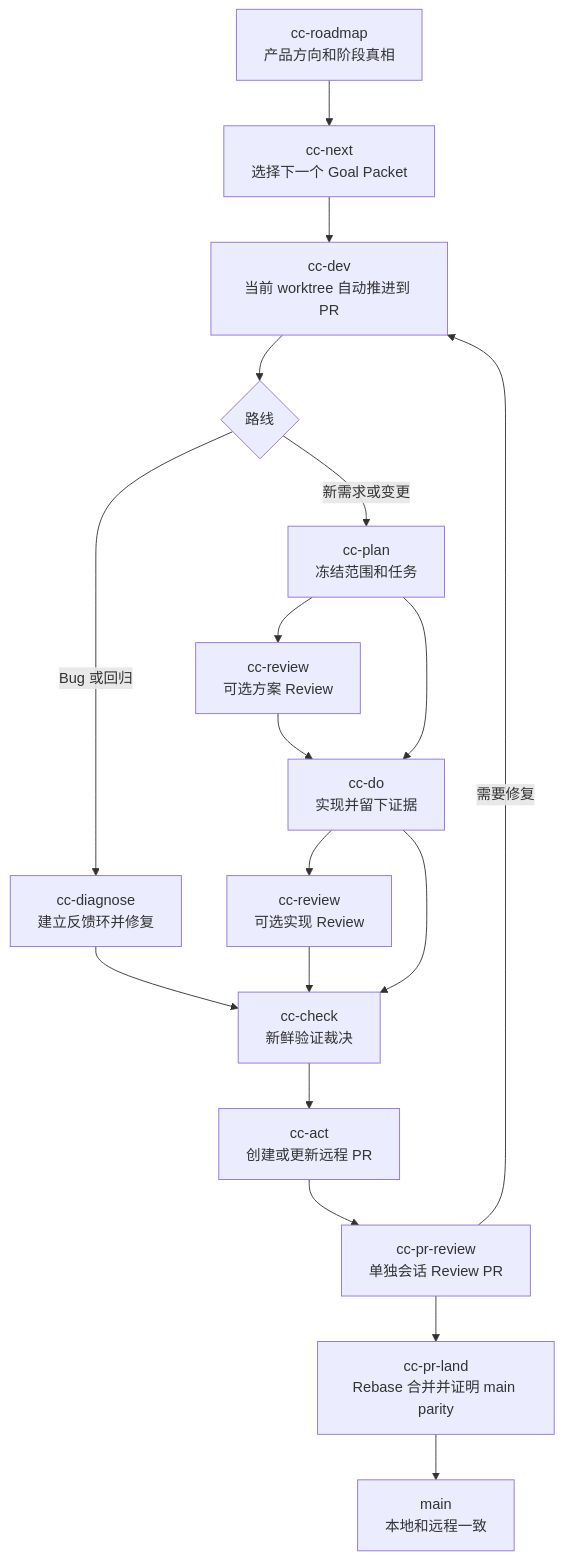
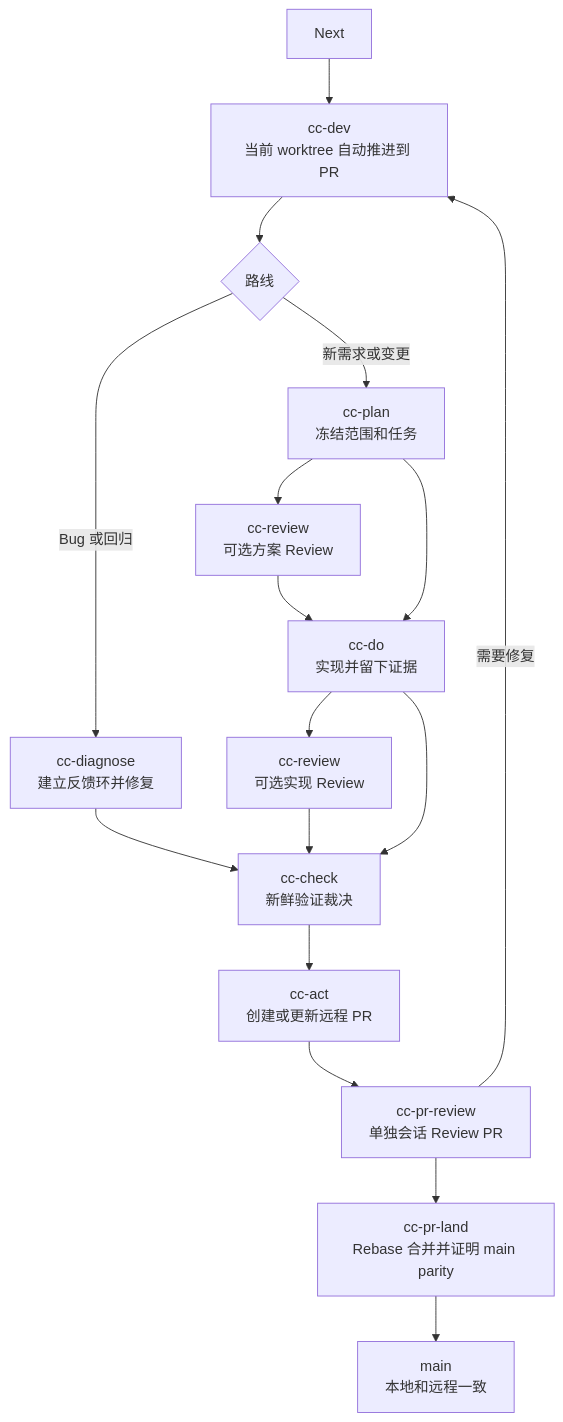
One commit to Dimon94/cc-devflow changed the diagram in README.zh-CN.md. Above: the diagram before and after it, drawn with Mermaid. The commit also changed other lines of this file and 73 other files, not shown here.

First line of the commit message:
chore(workflow): 移除 roadmap skill

````diff
--- a/README.zh-CN.md
+++ b/README.zh-CN.md
@@ -67,23 +63,22 @@
 ```mermaid
 flowchart TD
-  Roadmap["cc-roadmap\n产品方向和阶段真相"] --> Next["cc-next\n选择下一个 Goal Packet"]
   Next --> Dev["cc-dev\n当前 worktree 自动推进到 PR"]
 
   Dev --> Route{"路线"}
   Route -->|新需求或变更| Plan["cc-plan\n冻结范围和任务"]
   Route -->|Bug 或回归| Diagnose["cc-diagnose\n建立反馈环并修复"]
 
   Plan --> PlanReview["cc-review\n可选方案 Review"]
   PlanReview --> Do["cc-do\n实现并留下证据"]
   Plan --> Do
   Diagnose --> Check
 
   Do --> ImplReview["cc-review\n可选实现 Review"]
   ImplReview --> Check["cc-check\n新鲜验证裁决"]
   Do --> Check
   Check --> Act["cc-act\n创建或更新远程 PR"]
   Act --> PRReview["cc-pr-review\n单独会话 Review PR"]
   PRReview --> PRLand["cc-pr-land\nRebase 合并并证明 main parity"]
   PRReview -->|需要修复| Dev
   PRLand --> Main["main\n本地和远程一致"]
 ```
````
